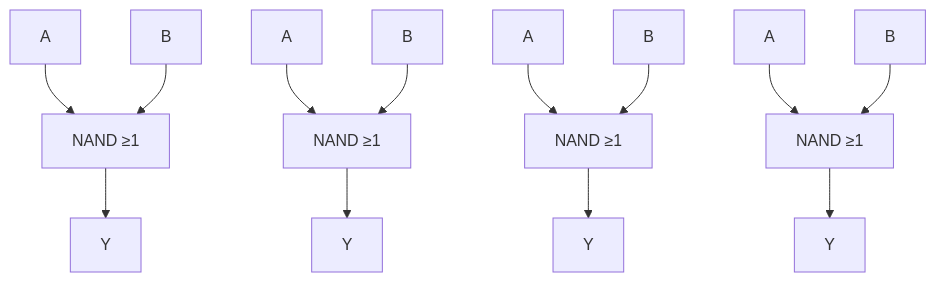
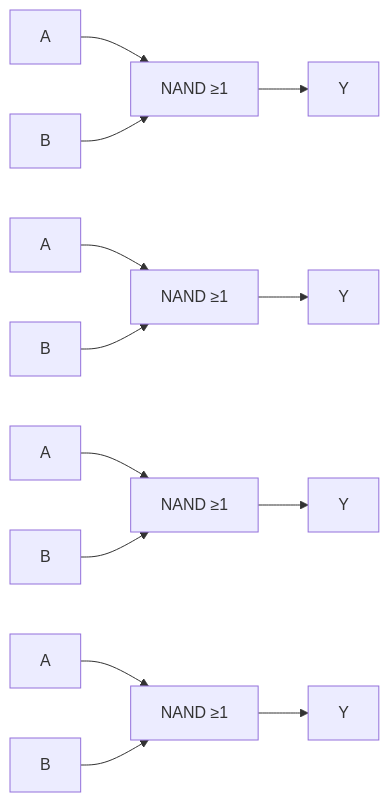
The diagram in Components/discrete/Transistors/kit/HomeDepot/BlockDiagrams/README.md (setrar/microelectronics), drawn with Mermaid before and after one commit.

Commit message:
Update graph direction for 74HC00 diagram
Change graph direction from TD to LR in README.

````diff
--- a/Components/discrete/Transistors/kit/HomeDepot/BlockDiagrams/README.md
+++ b/Components/discrete/Transistors/kit/HomeDepot/BlockDiagrams/README.md
@@ -12,18 +12,18 @@
 ```mermaid
-graph TD
+graph LR
     A1[A] --> N1[NAND ≥1]
     B1[B] --> N1
     N1 --> Y1[Y]
 
     A2[A] --> N2[NAND ≥1]
     B2[B] --> N2
     N2 --> Y2[Y]
 
     A3[A] --> N3[NAND ≥1]
     B3[B] --> N3
     N3 --> Y3[Y]
 
     A4[A] --> N4[NAND ≥1]
     B4[B] --> N4
     N4 --> Y4[Y]
 ```
````
